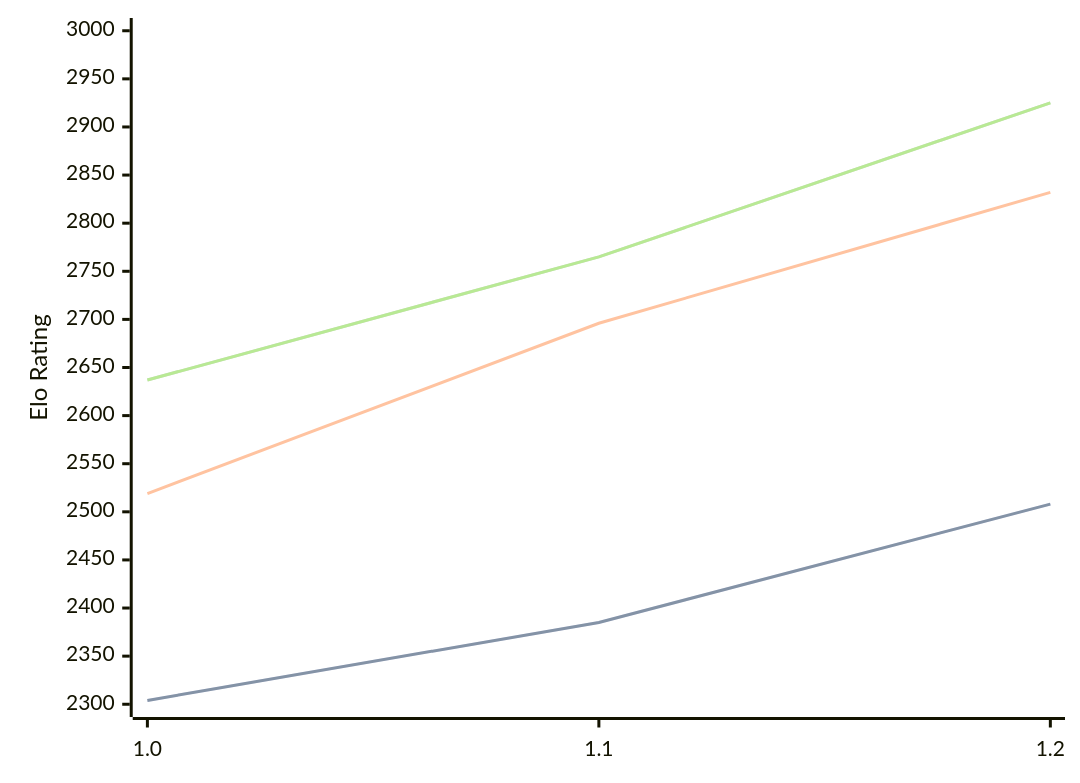
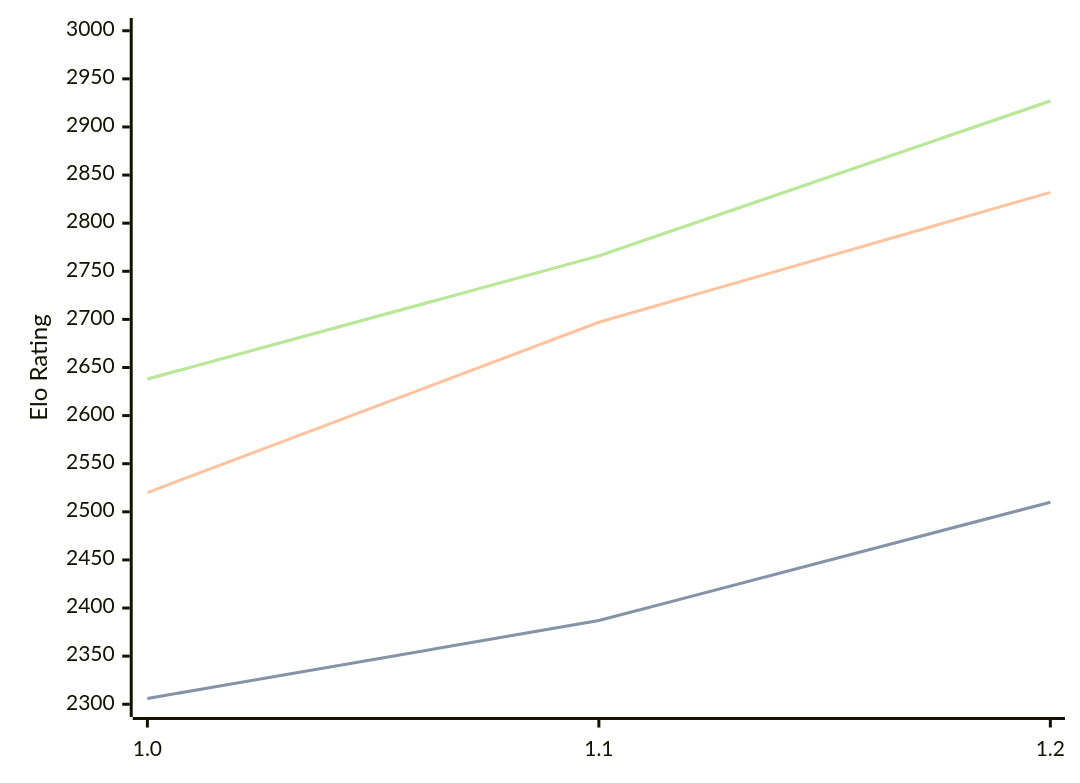
The diagram in engines/FoxChess.md (computer-chess-index/cci), drawn with Mermaid before and after one commit. The commit also changed other lines of this file, not shown here.

Commit message:
Update CCI Ratings (ELO VLTC) - 2026-08-15

````diff
--- a/engines/FoxChess.md
+++ b/engines/FoxChess.md
@@ -33,11 +33,11 @@
 ```mermaid
 %%{init: {"theme":"base","themeVariables":{"seriesColors:['#a3a3a3','#222221','#faa371']}}}%%
 xychart-beta
   x-axis ["1.0", "1.1", "1.2"]
   y-axis "Elo Rating" 2300 --> 3000
-  line "STC (8.0+0.08s)" [2304, 2385, 2508]
-  line "STC (8.0+0.08s)" [2304, 2385, 2508]
-  line "LTC (60.0+0.60s)" [2519, 2696, 2832]
-  line "VLTC (2m24s+1.12s)" [2637, 2765, 2925]
-  line "VLTC (2m24s+1.12s)" [2637, 2765, 2925]
+  line "STC (8.0+0.08s)" [2306, 2387, 2510]
+  line "STC (8.0+0.08s)" [2306, 2387, 2510]
+  line "LTC (60.0+0.60s)" [2520, 2697, 2832]
+  line "VLTC (2m24s+1.12s)" [2638, 2766, 2927]
+  line "VLTC (2m24s+1.12s)" [2638, 2766, 2927]
 ```
````
